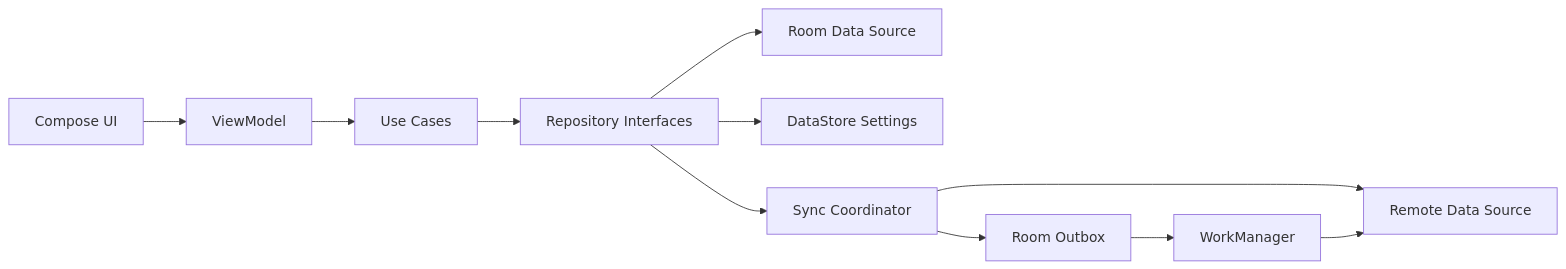
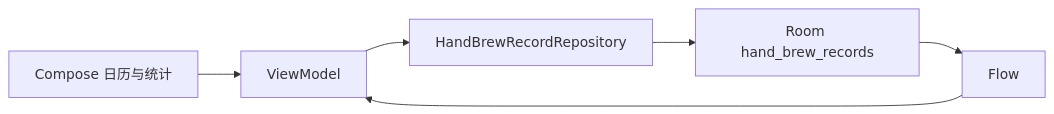
Before and after one commit to LitaoG/daily-record-app: the diagram in docs/ARCHITECTURE.md, drawn with Mermaid. The commit also changed other lines of this file and 58 other files, not shown here.

Commit message:
refactor: narrow product to hand-brew records

````diff
--- a/docs/ARCHITECTURE.md
+++ b/docs/ARCHITECTURE.md
@@ -29,13 +12,8 @@
 ```mermaid
 flowchart LR
-    UI[Compose UI] --> VM[ViewModel]
-    VM --> UC[Use Cases]
-    UC --> REP[Repository Interfaces]
-    REP --> LOCAL[Room Data Source]
-    REP --> PREF[DataStore Settings]
-    REP --> SYNC[Sync Coordinator]
-    SYNC --> OUTBOX[Room Outbox]
-    SYNC --> REMOTE[Remote Data Source]
-    OUTBOX --> WORK[WorkManager]
-    WORK --> REMOTE
+    UI[Compose 日历与统计] --> VM[ViewModel]
+    VM --> REPO[HandBrewRecordRepository]
+    REPO --> ROOM[Room hand_brew_records]
+    ROOM --> FLOW[Flow]
+    FLOW --> VM
 ```
````
